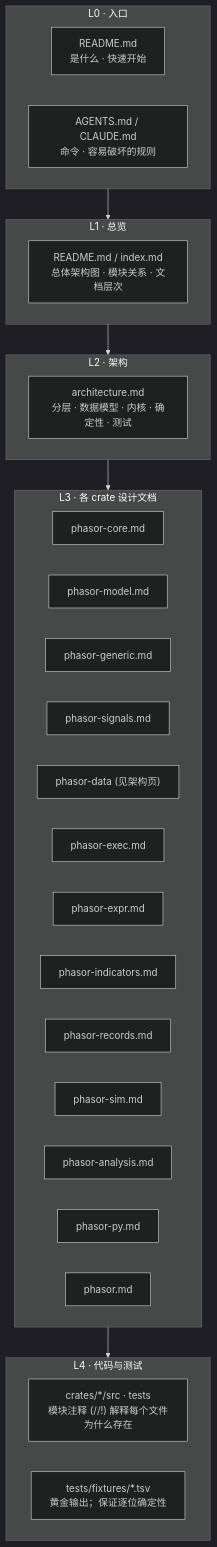
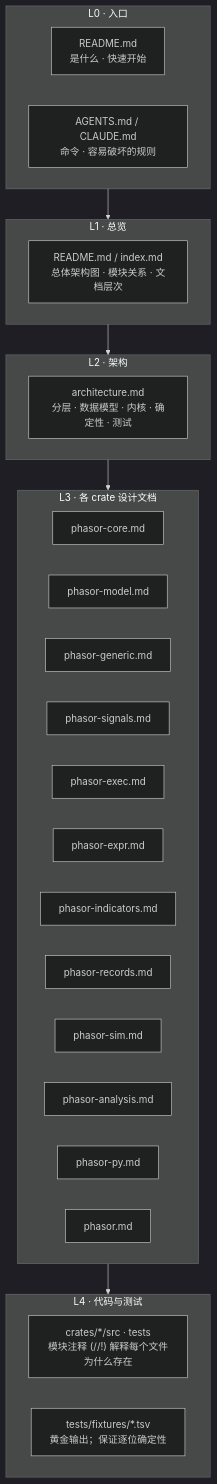
One commit to nivalume/phasor changed the third of 3 diagrams in docs/README.md. Above: the diagram before and after it, drawn with Mermaid (dark theme). The commit also changed other lines of this file and 25 other files, not shown here.

````diff
--- a/docs/README.md
+++ b/docs/README.md
@@ -152,41 +149,40 @@
 ```mermaid
 flowchart TD
     subgraph L0["L0 · 入口"]
         R0["README.md<br/>是什么 · 快速开始"]
         A0["AGENTS.md / CLAUDE.md<br/>命令 · 容易破坏的规则"]
     end
 
     subgraph L1["L1 · 总览"]
         R1["README.md / index.md<br/>总体架构图 · 模块关系 · 文档层次"]
     end
 
     subgraph L2["L2 · 架构"]
         R2["architecture.md<br/>分层 · 数据模型 · 内核 · 确定性 · 测试"]
     end
 
     subgraph L3["L3 · 各 crate 设计文档"]
         C_core["phasor-core.md"]
         C_model["phasor-model.md"]
         C_generic["phasor-generic.md"]
         C_signals["phasor-signals.md"]
-        C_data["phasor-data (见架构页)"]
         C_exec["phasor-exec.md"]
         C_expr["phasor-expr.md"]
         C_indicators["phasor-indicators.md"]
         C_records["phasor-records.md"]
         C_sim["phasor-sim.md"]
         C_analysis["phasor-analysis.md"]
         C_py["phasor-py.md"]
         C_facade["phasor.md"]
     end
 
     subgraph L4["L4 · 代码与测试"]
         Code["crates/*/src · tests<br/>模块注释 (//!) 解释每个文件为什么存在"]
         Gold["tests/fixtures/*.tsv<br/>黄金输出；保证逐位确定性"]
     end
 
     L0 --> L1
     L1 --> L2
     L2 --> L3
     L3 --> L4
 ```
````
